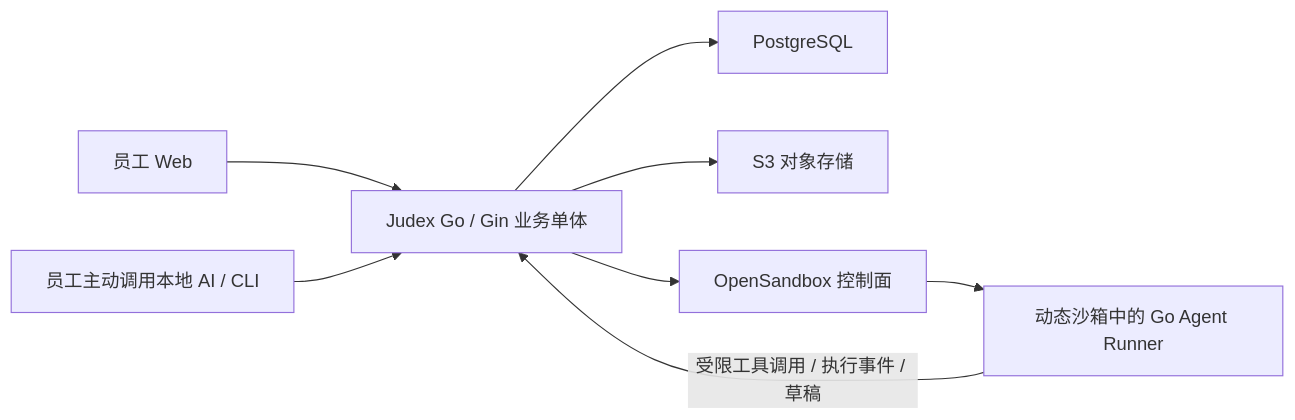
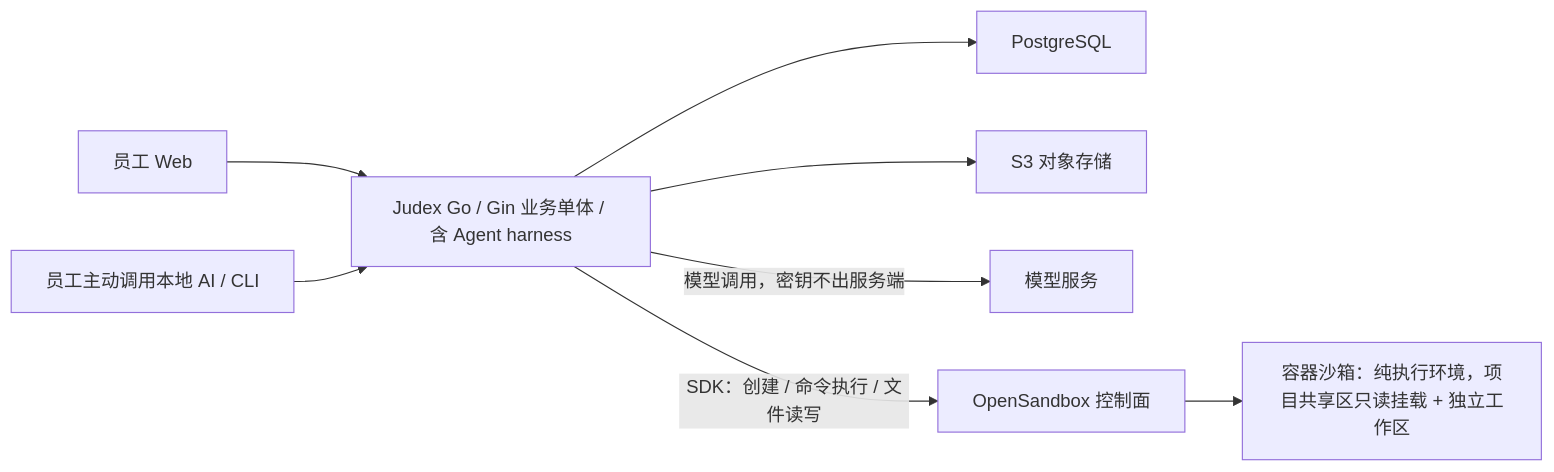
The diagram in docs/详细设计/README.md (kakj-go/Judex), drawn with Mermaid before and after one commit. The commit also changed other lines of this file and 27 other files, not shown here.

````diff
--- a/docs/详细设计/README.md
+++ b/docs/详细设计/README.md
@@ -59,10 +60,10 @@
 ```mermaid
 flowchart LR
-    W[员工 Web] --> S[Judex Go / Gin 业务单体]
+    W[员工 Web] --> S[Judex Go / Gin 业务单体 / 含 Agent harness]
     C[员工主动调用本地 AI / CLI] --> S
     S --> P[PostgreSQL]
     S --> O[S3 对象存储]
-    S --> B[OpenSandbox 控制面]
-    B --> R[动态沙箱中的 Go Agent Runner]
-    R -->|受限工具调用 / 执行事件 / 草稿| S
+    S -->|模型调用，密钥不出服务端| M[模型服务]
+    S -->|SDK：创建 / 命令执行 / 文件读写| B[OpenSandbox 控制面]
+    B --> R[容器沙箱：纯执行环境，项目共享区只读挂载 + 独立工作区]
 ```
````
